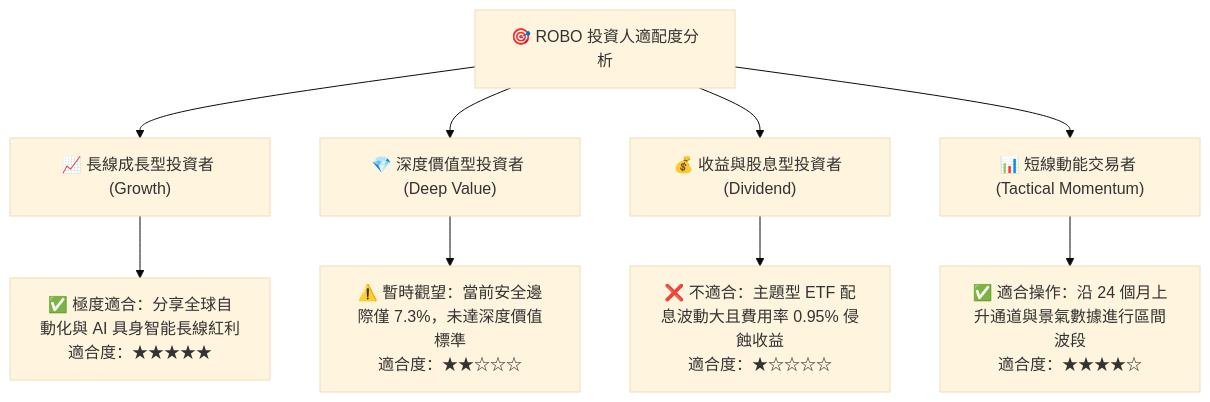
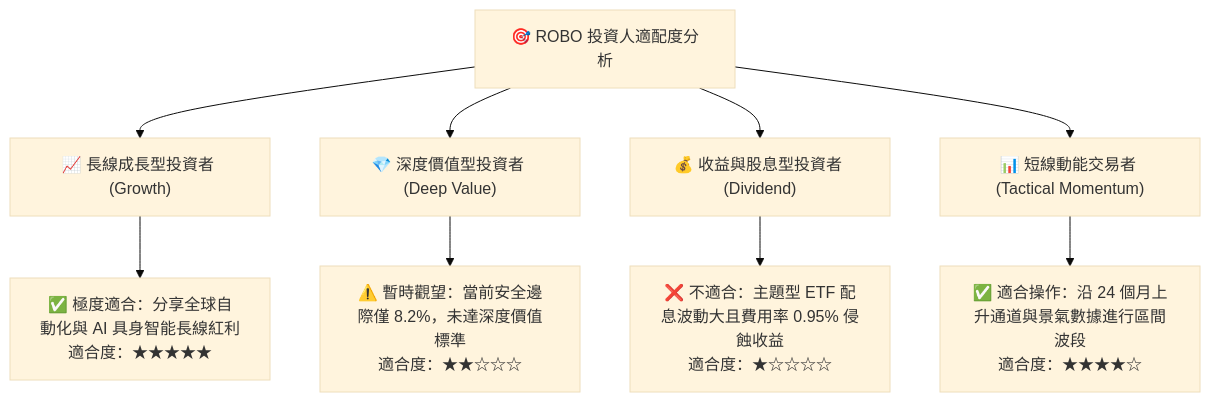
One commit to yennanliu/finance_data changed diagram 15 of 15 in ai_gen_report/fundamental/robo/fundamental_analysis_2026-10-18_gemini.md. Above: the diagram before and after it, drawn with Mermaid (base theme). The commit also changed other lines of this file and 339 other files, not shown here.

````diff
--- a/ai_gen_report/fundamental/robo/fundamental_analysis_2026-10-18_gemini.md
+++ b/ai_gen_report/fundamental/robo/fundamental_analysis_2026-10-18_gemini.md
@@ -989,14 +1004,14 @@
 ```mermaid
 graph TD
     INV["🎯 ROBO 投資人適配度分析"]
 
     INV --> G["📈 長線成長型投資者 (Growth)"]
     INV --> V["💎 深度價值型投資者 (Deep Value)"]
     INV --> D["💰 收益與股息型投資者 (Dividend)"]
     INV --> T["📊 短線動能交易者 (Tactical Momentum)"]
 
     G --> G1["✅ 極度適合：分享全球自動化與 AI 具身智能長線紅利<br/>適合度：★★★★★"]
-    V --> V1["⚠️ 暫時觀望：當前安全邊際僅 7.3%，未達深度價值標準<br/>適合度：★★☆☆☆"]
+    V --> V1["⚠️ 暫時觀望：當前安全邊際僅 8.2%，未達深度價值標準<br/>適合度：★★☆☆☆"]
     D --> D1["❌ 不適合：主題型 ETF 配息波動大且費用率 0.95% 侵蝕收益<br/>適合度：★☆☆☆☆"]
     T --> T1["✅ 適合操作：沿 24 個月上升通道與景氣數據進行區間波段<br/>適合度：★★★★☆"]
 ```
````
